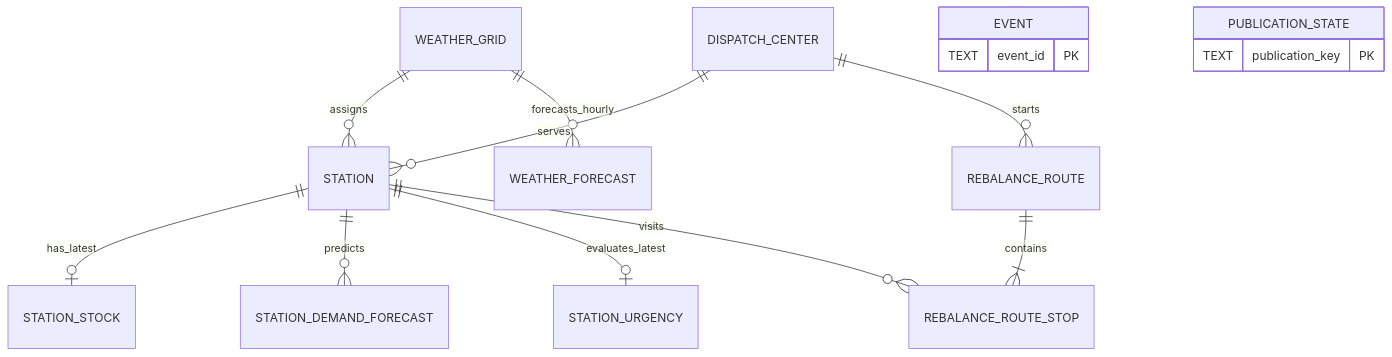
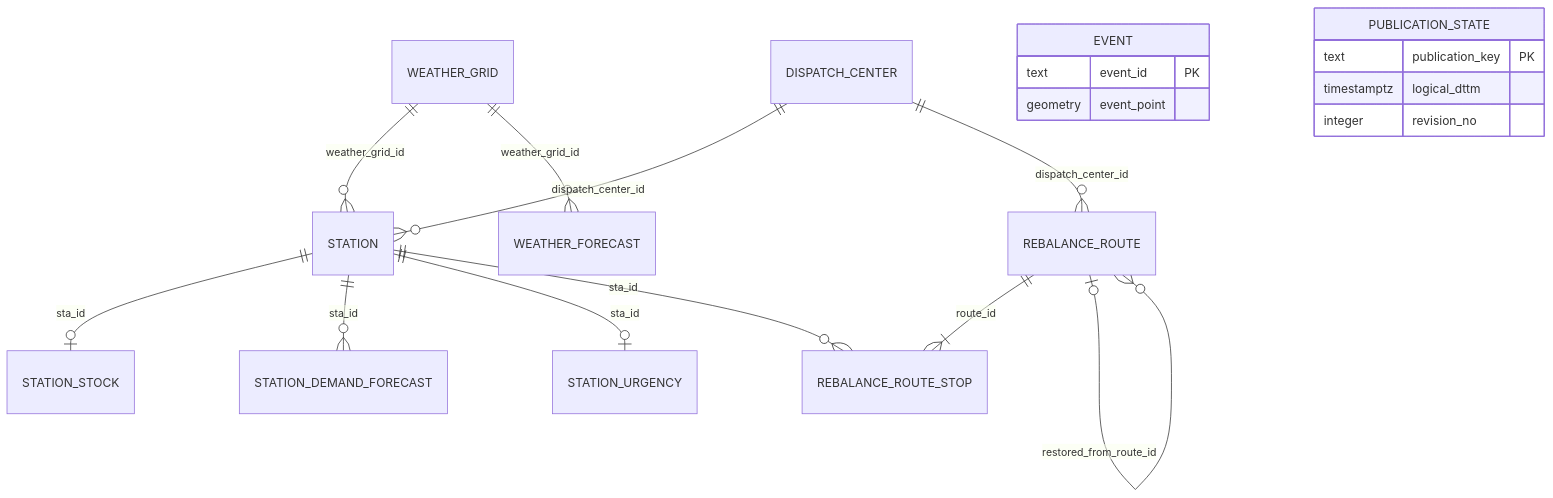
Before and after one commit to softeerbootcamp-8th/DE_team2-GangnamguUmBokDong: the diagram in docs/gold/target-erd.md, drawn with Mermaid. The commit also changed other lines of this file and 52 other files, not shown here.

````diff
--- a/docs/gold/target-erd.md
+++ b/docs/gold/target-erd.md
@@ -26,20 +10,24 @@
 ```mermaid
 erDiagram
-    WEATHER_GRID ||--o{ STATION : assigns
-    DISPATCH_CENTER ||--o{ STATION : serves
-    STATION ||--o| STATION_STOCK : has_latest
-    STATION ||--o{ STATION_DEMAND_FORECAST : predicts
-    WEATHER_GRID ||--o{ WEATHER_FORECAST : forecasts_hourly
-    STATION ||--o| STATION_URGENCY : evaluates_latest
-    DISPATCH_CENTER ||--o{ REBALANCE_ROUTE : starts
-    REBALANCE_ROUTE ||--|{ REBALANCE_ROUTE_STOP : contains
-    STATION ||--o{ REBALANCE_ROUTE_STOP : visits
+    WEATHER_GRID ||--o{ STATION : weather_grid_id
+    DISPATCH_CENTER ||--o{ STATION : dispatch_center_id
+    STATION ||--o| STATION_STOCK : sta_id
+    STATION ||--o{ STATION_DEMAND_FORECAST : sta_id
+    WEATHER_GRID ||--o{ WEATHER_FORECAST : weather_grid_id
+    STATION ||--o| STATION_URGENCY : sta_id
+    DISPATCH_CENTER ||--o{ REBALANCE_ROUTE : dispatch_center_id
+    REBALANCE_ROUTE ||--|{ REBALANCE_ROUTE_STOP : route_id
+    STATION ||--o{ REBALANCE_ROUTE_STOP : sta_id
+    REBALANCE_ROUTE o|--o{ REBALANCE_ROUTE : restored_from_route_id
 
     EVENT {
-        TEXT event_id PK
+        text event_id PK
+        geometry event_point
     }
 
     PUBLICATION_STATE {
-        TEXT publication_key PK
+        text publication_key PK
+        timestamptz logical_dttm
+        integer revision_no
     }
 ```
````
